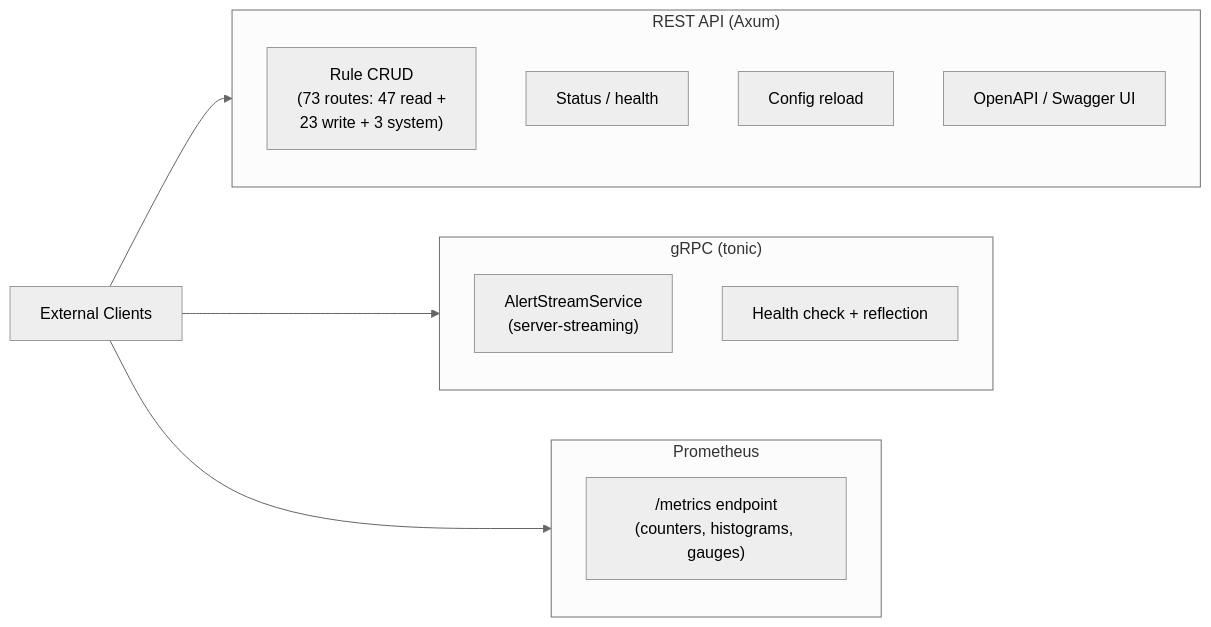
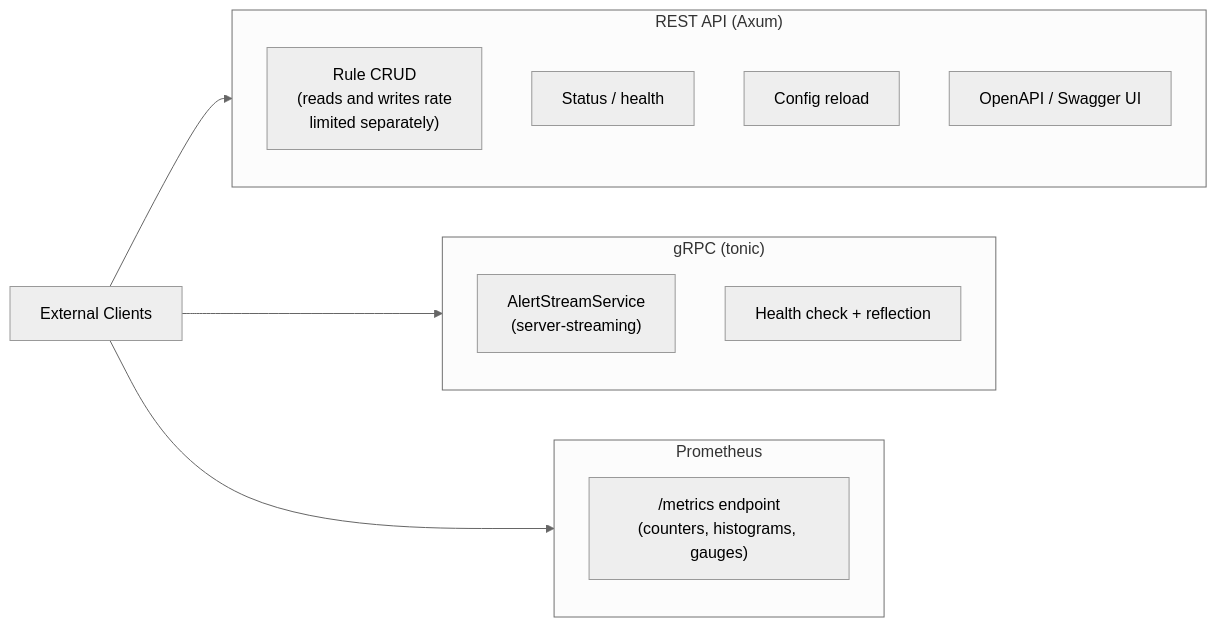
One commit to ebpfsentinel/ebpfsentinel-docs changed the fifth of 7 diagrams in docs/architecture/data-flow.md. Above: the diagram before and after it, drawn with Mermaid (neutral theme). The commit also changed 4 other files, not shown here.

````diff
--- a/docs/architecture/data-flow.md
+++ b/docs/architecture/data-flow.md
@@ -215,20 +215,20 @@
 ```mermaid
 flowchart LR
     subgraph REST["REST API (Axum)"]
-        CRUD["Rule CRUD\n(73 routes: 47 read +\n23 write + 3 system)"]
+        CRUD["Rule CRUD\n(reads and writes rate\nlimited separately)"]
         HEALTH["Status / health"]
         RELOAD["Config reload"]
         OPENAPI["OpenAPI / Swagger UI"]
     end
 
     subgraph GRPC["gRPC (tonic)"]
         STREAM["AlertStreamService\n(server-streaming)"]
         GRPC_HEALTH["Health check + reflection"]
     end
 
     subgraph PROM["Prometheus"]
         METRICS["/metrics endpoint\n(counters, histograms, gauges)"]
     end
 
     CLIENT["External Clients"] --> REST & GRPC & PROM
 ```
````
